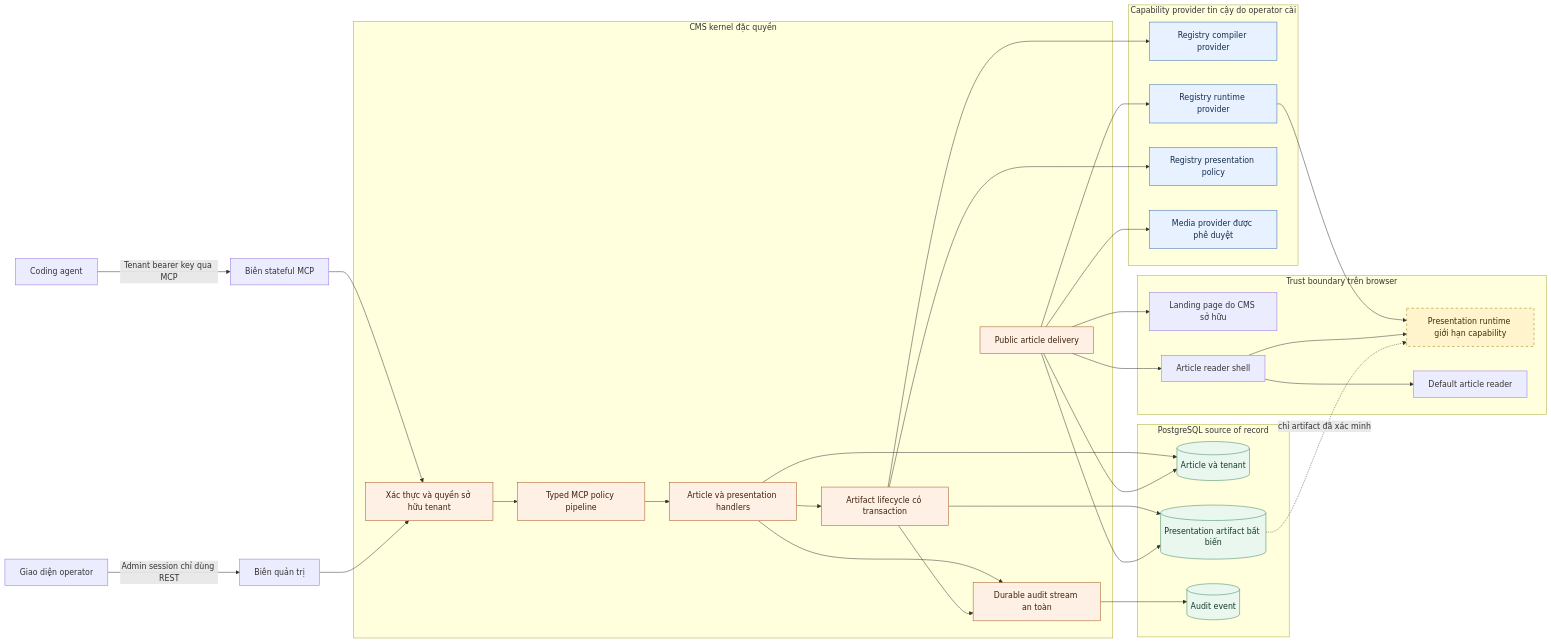
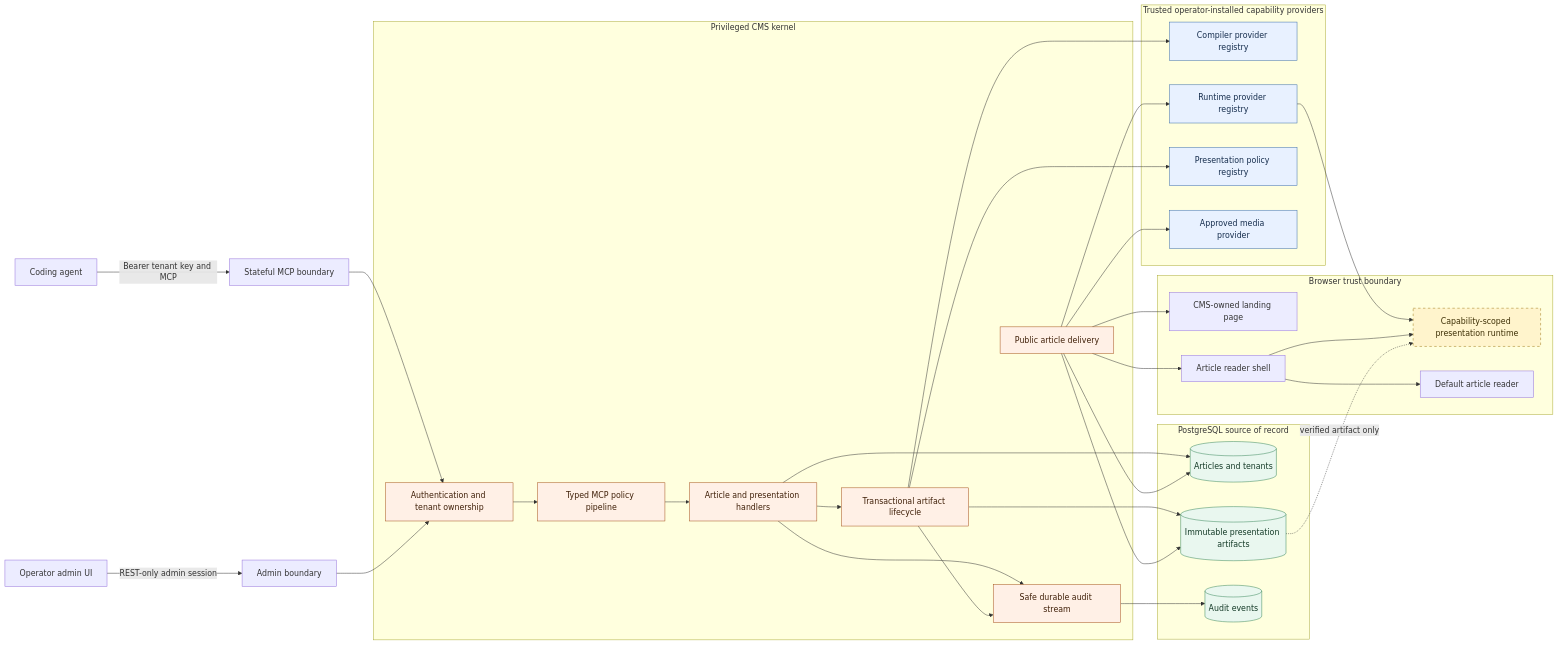
One commit to fishperson113/agent-native-cms changed the second of 5 diagrams in docs/future/architecture-diagrams.md. Above: the diagram before and after it, drawn with Mermaid. The commit also changed other lines of this file, not shown here.

Commit message:
docs: use English labels in architecture diagrams

````diff
--- a/docs/future/architecture-diagrams.md
+++ b/docs/future/architecture-diagrams.md
@@ -66,69 +66,69 @@
 ```mermaid
 flowchart LR
-  Agent["Coding agent"] -->|"Tenant bearer key qua MCP"| Mcp["Biên stateful MCP"]
-  Admin["Giao diện operator"] -->|"Admin session chỉ dùng REST"| AdminApi["Biên quản trị"]
+  Agent["Coding agent"] -->|"Bearer tenant key and MCP"| Mcp["Stateful MCP boundary"]
+  Admin["Operator admin UI"] -->|"REST-only admin session"| AdminApi["Admin boundary"]
 
-  subgraph Kernel["CMS kernel đặc quyền"]
-    Auth["Xác thực và quyền sở hữu tenant"]
+  subgraph Kernel["Privileged CMS kernel"]
+    Auth["Authentication and tenant ownership"]
     ToolPipeline["Typed MCP policy pipeline"]
-    Handlers["Article và presentation handlers"]
-    Lifecycle["Artifact lifecycle có transaction"]
-    Audit["Durable audit stream an toàn"]
+    Handlers["Article and presentation handlers"]
+    Lifecycle["Transactional artifact lifecycle"]
+    Audit["Safe durable audit stream"]
     PublicDelivery["Public article delivery"]
   end
 
   Mcp --> Auth
   AdminApi --> Auth
   Auth --> ToolPipeline
   ToolPipeline --> Handlers
   Handlers --> Lifecycle
   Handlers --> Audit
   Lifecycle --> Audit
 
-  subgraph Providers["Capability provider tin cậy do operator cài"]
-    CompilerRegistry["Registry compiler provider"]
-    RuntimeRegistry["Registry runtime provider"]
-    PolicyRegistry["Registry presentation policy"]
-    MediaProvider["Media provider được phê duyệt"]
+  subgraph Providers["Trusted operator-installed capability providers"]
+    CompilerRegistry["Compiler provider registry"]
+    RuntimeRegistry["Runtime provider registry"]
+    PolicyRegistry["Presentation policy registry"]
+    MediaProvider["Approved media provider"]
   end
 
   Lifecycle --> CompilerRegistry
   Lifecycle --> PolicyRegistry
   PublicDelivery --> RuntimeRegistry
   PublicDelivery --> MediaProvider
 
   subgraph Persistence["PostgreSQL source of record"]
-    Articles[("Article và tenant")]
-    Artifacts[("Presentation artifact bất biến")]
-    Events[("Audit event")]
+    Articles[("Articles and tenants")]
+    Artifacts[("Immutable presentation artifacts")]
+    Events[("Audit events")]
   end
 
   Handlers --> Articles
   Lifecycle --> Artifacts
   Audit --> Events
   PublicDelivery --> Articles
   PublicDelivery --> Artifacts
 
-  subgraph Browser["Trust boundary trên browser"]
-    Landing["Landing page do CMS sở hữu"]
+  subgraph Browser["Browser trust boundary"]
+    Landing["CMS-owned landing page"]
     Reader["Article reader shell"]
-    Sandbox["Presentation runtime giới hạn capability"]
+    Sandbox["Capability-scoped presentation runtime"]
     Fallback["Default article reader"]
   end
 
   PublicDelivery --> Landing
   PublicDelivery --> Reader
   RuntimeRegistry --> Sandbox
   Reader --> Sandbox
   Reader --> Fallback
-  Artifacts -.->|"chỉ artifact đã xác minh"| Sandbox
+  Artifacts -.->|"verified artifact only"| Sandbox
 
   classDef privileged fill:#fff0e6,stroke:#a34f16,color:#402009
   classDef trusted fill:#e8f1ff,stroke:#3569a8,color:#152d4d
   classDef untrusted fill:#fff4cc,stroke:#9b7611,color:#3d2f05,stroke-dasharray:5 5
   classDef storage fill:#e9f7ef,stroke:#348457,color:#143a27
   class Auth,ToolPipeline,Handlers,Lifecycle,Audit,PublicDelivery privileged
   class CompilerRegistry,RuntimeRegistry,PolicyRegistry,MediaProvider trusted
   class Sandbox untrusted
   class Articles,Artifacts,Events storage
 ```
````
